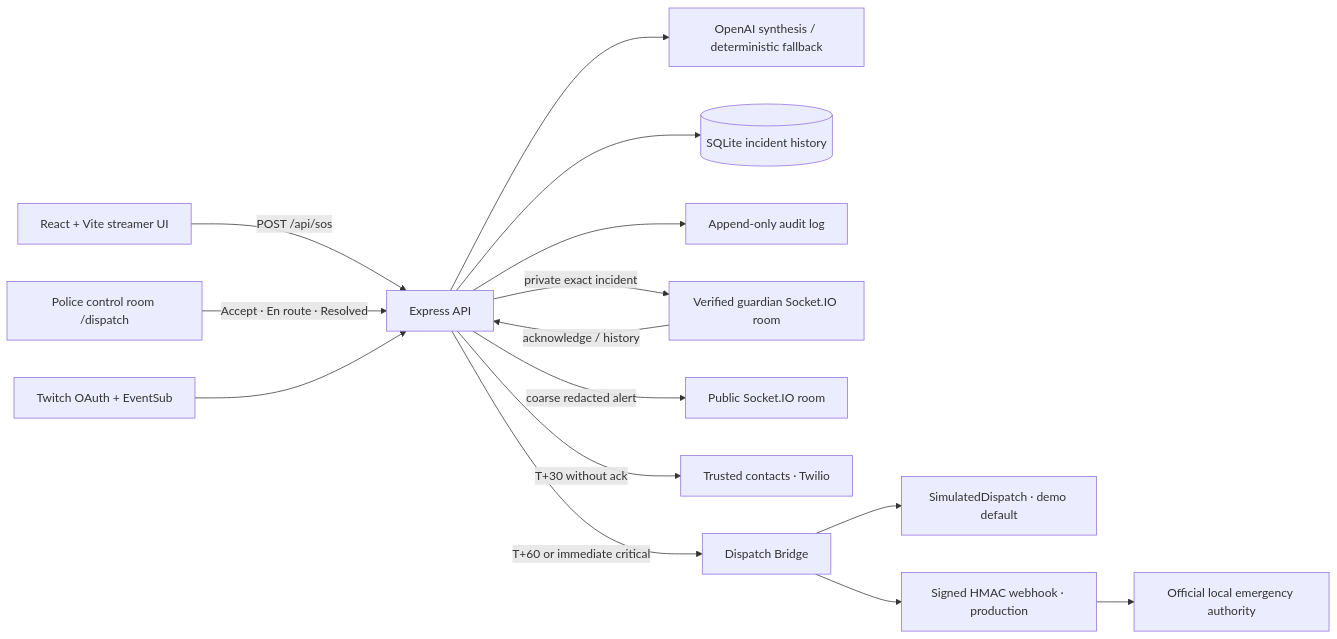
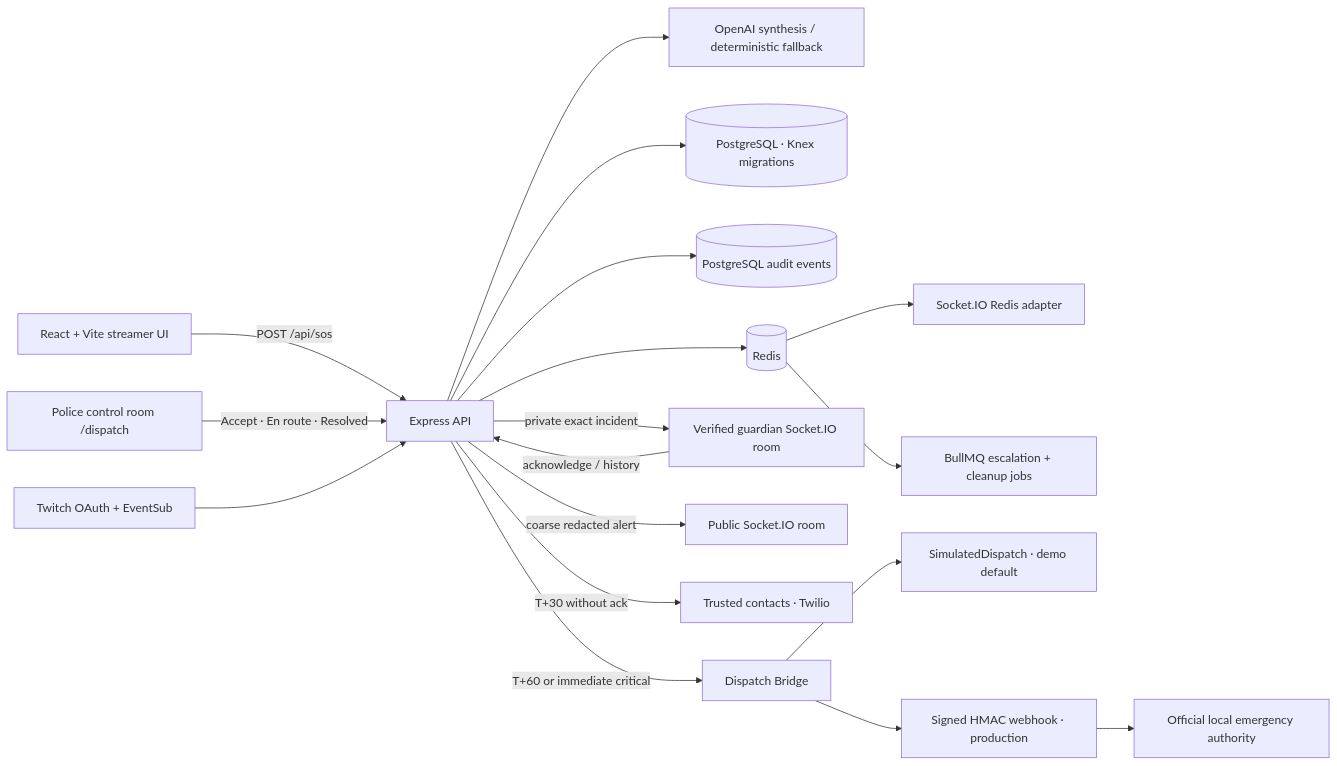
The diagram in README.md (THISHA-SAMPATH/FULE-Futuristic-Use-of-Live-Entertainment), drawn with Mermaid before and after one commit. The commit also changed other lines of this file and 47 other files, not shown here.

````diff
--- a/README.md
+++ b/README.md
@@ -9,17 +9,20 @@
 ```mermaid
 flowchart LR
   Streamer[React + Vite streamer UI] -->|POST /api/sos| API[Express API]
   API --> Synth[OpenAI synthesis / deterministic fallback]
-  API --> DB[(SQLite incident history)]
-  API --> Audit[Append-only audit log]
+  API --> DB[(PostgreSQL · Knex migrations)]
+  API --> Audit[(PostgreSQL audit events)]
+  API --> Redis[(Redis)]
+  Redis --> Fanout[Socket.IO Redis adapter]
+  Redis --> Jobs[BullMQ escalation + cleanup jobs]
   API -->|private exact incident| Guardians[Verified guardian Socket.IO room]
   API -->|coarse redacted alert| Public[Public Socket.IO room]
   API -->|T+30 without ack| Twilio[Trusted contacts · Twilio]
   API -->|T+60 or immediate critical| Bridge[Dispatch Bridge]
   Bridge --> Sim[SimulatedDispatch · demo default]
   Bridge --> Webhook[Signed HMAC webhook · production]
   Webhook --> Authority[Official local emergency authority]
   Dispatch[Police control room /dispatch] -->|Accept · En route · Resolved| API
   Twitch[Twitch OAuth + EventSub] --> API
   Guardians -->|acknowledge / history| API
 ```
````
